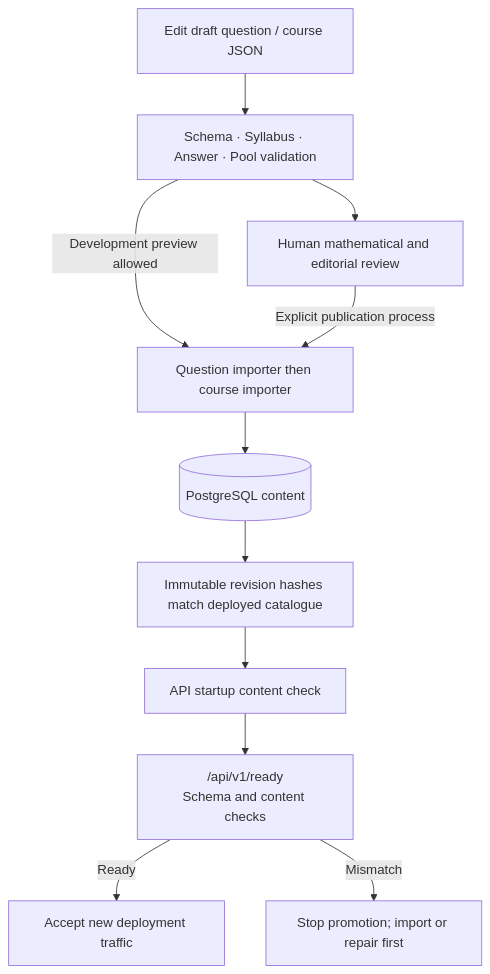
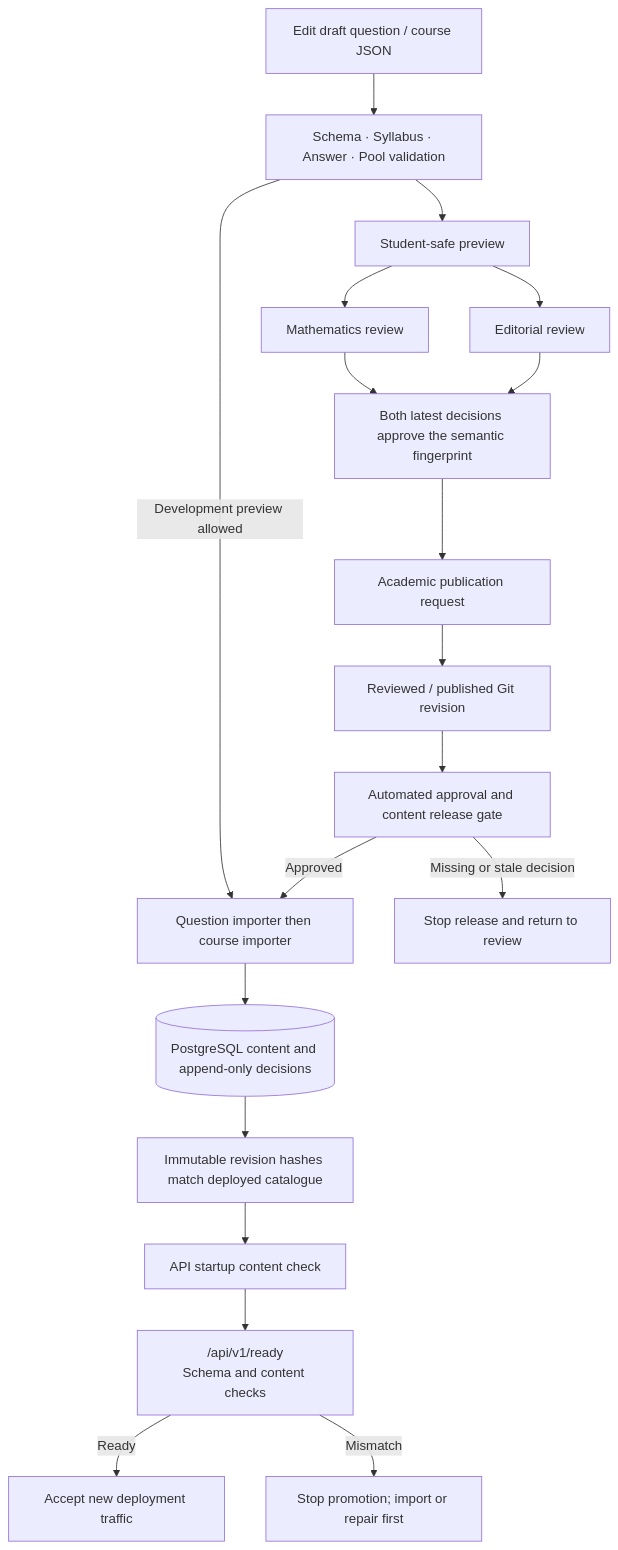
Before and after one commit to Willedward/asean_academy: the sixth of 9 diagrams in docs/plan/BETA_ARCHITECTURE.md, drawn with Mermaid. The commit also changed other lines of this file and 25 other files, not shown here.

Commit message:
Add content review and controlled publication workflow

````diff
--- a/docs/plan/BETA_ARCHITECTURE.md
+++ b/docs/plan/BETA_ARCHITECTURE.md
@@ -334,23 +344,37 @@
 ```mermaid
 flowchart TB
   SOURCE["Edit draft question / course JSON"]
   VALIDATE["Schema · Syllabus · Answer · Pool validation"]
-  REVIEW["Human mathematical and editorial review"]
+  PREVIEW["Student-safe preview"]
+  MATH["Mathematics review"]
+  EDIT["Editorial review"]
+  APPROVED["Both latest decisions approve the semantic fingerprint"]
+  REQUEST["Academic publication request"]
+  GITREV["Reviewed / published Git revision"]
+  GATE["Automated approval and content release gate"]
   IMPORT["Question importer then course importer"]
   HASH["Immutable revision hashes match deployed catalogue"]
-  DB[("PostgreSQL content")]
+  DB[("PostgreSQL content and append-only decisions")]
   START["API startup content check"]
   READY["/api/v1/ready<br/>Schema and content checks"]
   TRAFFIC["Accept new deployment traffic"]
 
   SOURCE --> VALIDATE
   VALIDATE -->|"Development preview allowed"| IMPORT
-  VALIDATE --> REVIEW
-  REVIEW -->|"Explicit publication process"| IMPORT
+  VALIDATE --> PREVIEW
+  PREVIEW --> MATH
+  PREVIEW --> EDIT
+  MATH --> APPROVED
+  EDIT --> APPROVED
+  APPROVED --> REQUEST
+  REQUEST --> GITREV
+  GITREV --> GATE
+  GATE -->|"Approved"| IMPORT
+  GATE -->|"Missing or stale decision"| STOP["Stop release and return to review"]
   IMPORT --> DB
   DB --> HASH
   HASH --> START
   START --> READY
   READY -->|"Ready"| TRAFFIC
-  READY -->|"Mismatch"| STOP["Stop promotion; import or repair first"]
+  READY -->|"Mismatch"| STOP2["Stop promotion; import or repair first"]
 ```
````
